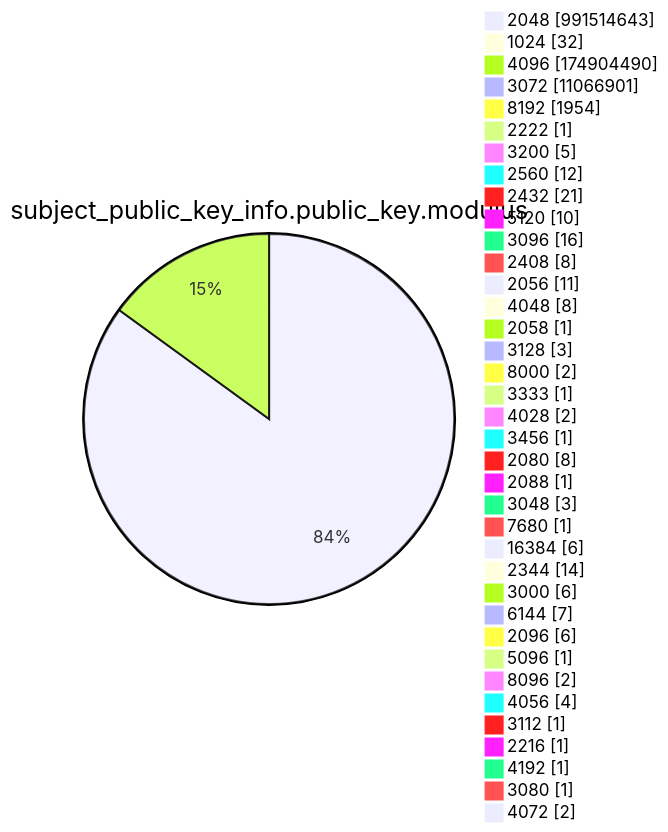
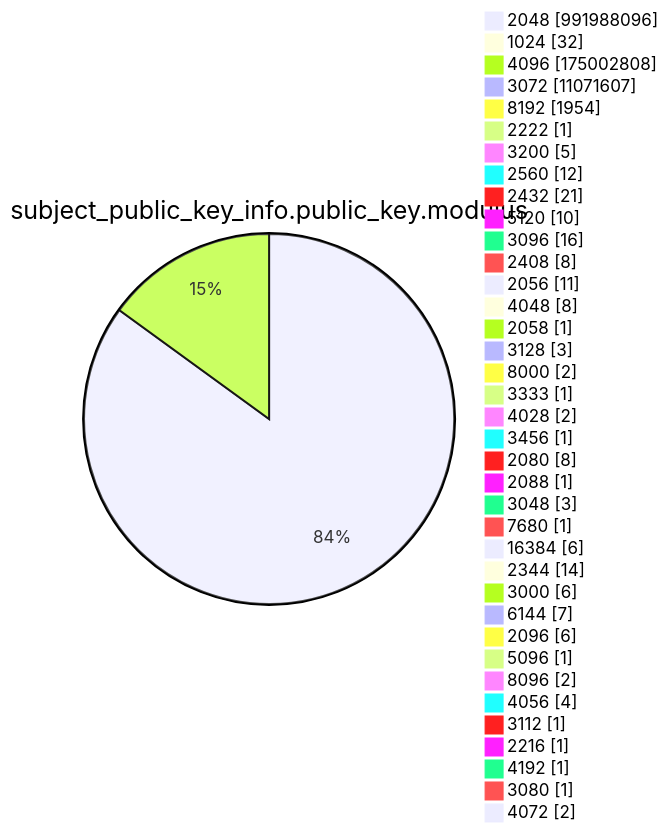
Before and after one commit to christiankrug/ctmonitor_visualization: diagram 13 of 15 in argon2022/README.md, drawn with Mermaid. The commit also changed other lines of this file, not shown here.

````diff
--- a/argon2022/README.md
+++ b/argon2022/README.md
@@ -3587,41 +3587,41 @@
 ```mermaid
 pie showData
 title subject_public_key_info.public_key.modulus
-"2048" :991514643
+"2048" :991988096
 "1024" :32
-"4096" :174904490
-"3072" :11066901
+"4096" :175002808
+"3072" :11071607
 "8192" :1954
 "2222" :1
 "3200" :5
 "2560" :12
 "2432" :21
 "5120" :10
 "3096" :16
 "2408" :8
 "2056" :11
 "4048" :8
 "2058" :1
 "3128" :3
 "8000" :2
 "3333" :1
 "4028" :2
 "3456" :1
 "2080" :8
 "2088" :1
 "3048" :3
 "7680" :1
 "16384" :6
 "2344" :14
 "3000" :6
 "6144" :7
 "2096" :6
 "5096" :1
 "8096" :2
 "4056" :4
 "3112" :1
 "2216" :1
 "4192" :1
 "3080" :1
 "4072" :2
 ```
````
